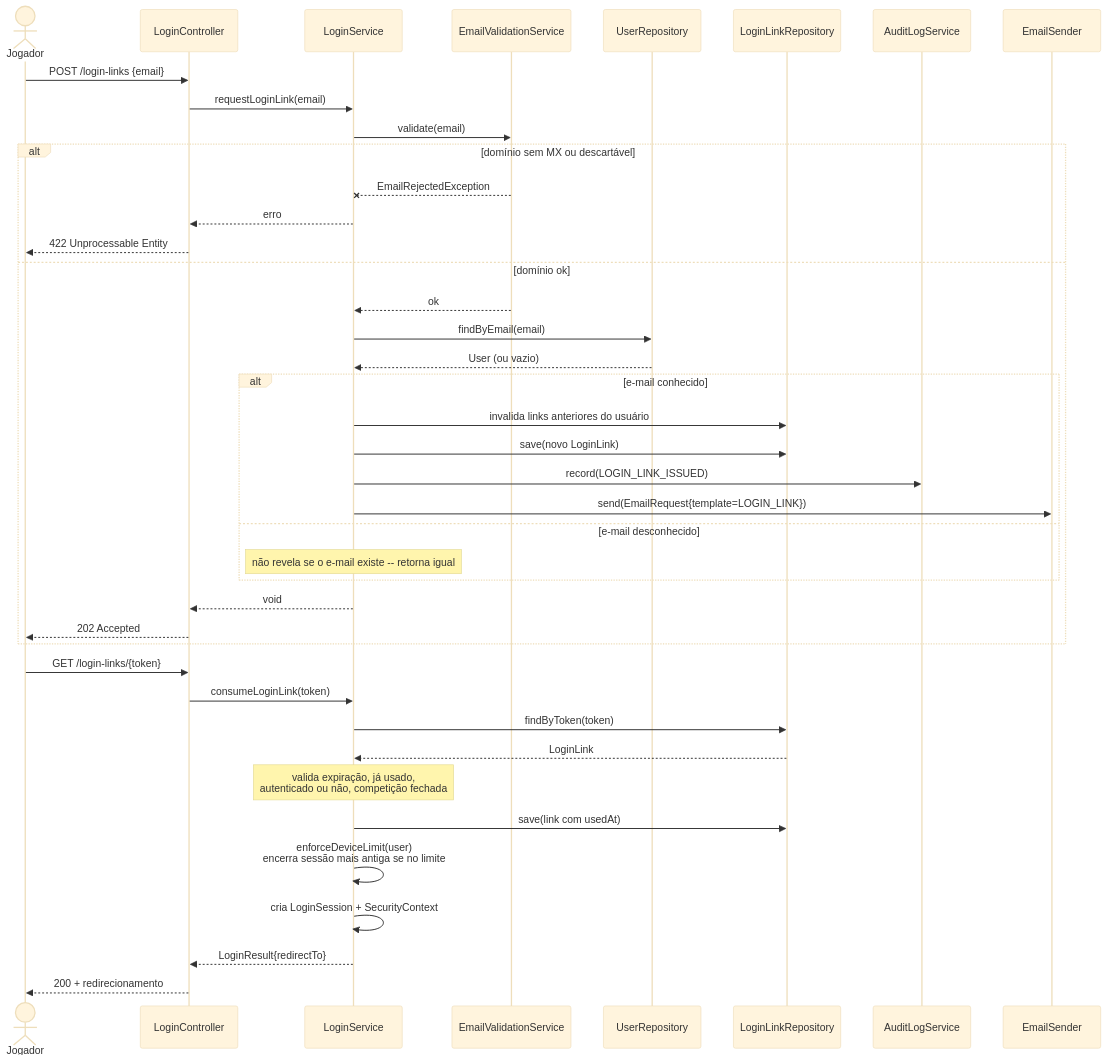
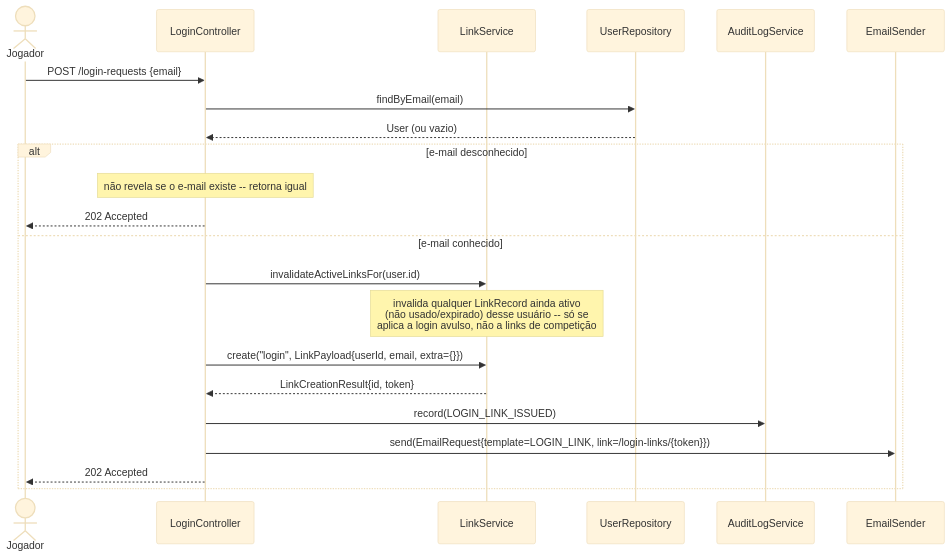
One commit to lalgarve/jogo-acoes changed the first of 9 diagrams in docs/diagrams/sequencia.md. Above: the diagram before and after it, drawn with Mermaid (base theme). The commit also changed other lines of this file, not shown here.

First line of the commit message:
docs: refresh sequence diagrams for login/link after the 05-003 refactor

````diff
--- a/docs/diagrams/sequencia.md
+++ b/docs/diagrams/sequencia.md
@@ -13,45 +19,25 @@
 ```mermaid
 sequenceDiagram
     actor J as Jogador
     participant LC as LoginController
-    participant LS as LoginService
-    participant EV as EmailValidationService
+    participant LiS as LinkService
     participant UR as UserRepository
-    participant LLR as LoginLinkRepository
     participant AL as AuditLogService
     participant ES as EmailSender
 
-    J->>LC: POST /login-links {email}
-    LC->>LS: requestLoginLink(email)
-    LS->>EV: validate(email)
-    alt domínio sem MX ou descartável
-        EV--xLS: EmailRejectedException
-        LS-->>LC: erro
-        LC-->>J: 422 Unprocessable Entity
-    else domínio ok
-        EV-->>LS: ok
-        LS->>UR: findByEmail(email)
-        UR-->>LS: User (ou vazio)
-        alt e-mail conhecido
-            LS->>LLR: invalida links anteriores do usuário
-            LS->>LLR: save(novo LoginLink)
-            LS->>AL: record(LOGIN_LINK_ISSUED)
-            LS->>ES: send(EmailRequest{template=LOGIN_LINK})
-        else e-mail desconhecido
-            Note over LS: não revela se o e-mail existe -- retorna igual
-        end
-        LS-->>LC: void
+    J->>LC: POST /login-requests {email}
+    LC->>UR: findByEmail(email)
+    UR-->>LC: User (ou vazio)
+    alt e-mail desconhecido
+        Note over LC: não revela se o e-mail existe -- retorna igual
+        LC-->>J: 202 Accepted
+    else e-mail conhecido
+        LC->>LiS: invalidateActiveLinksFor(user.id)
+        Note over LiS: invalida qualquer LinkRecord ainda ativo<br/>(não usado/expirado) desse usuário -- só se<br/>aplica a login avulso, não a links de competição
+        LC->>LiS: create("login", LinkPayload{userId, email, extra={}})
+        LiS-->>LC: LinkCreationResult{id, token}
+        LC->>AL: record(LOGIN_LINK_ISSUED)
+        LC->>ES: send(EmailRequest{template=LOGIN_LINK, link=/login-links/{token}})
         LC-->>J: 202 Accepted
     end
-
-    J->>LC: GET /login-links/{token}
-    LC->>LS: consumeLoginLink(token)
-    LS->>LLR: findByToken(token)
-    LLR-->>LS: LoginLink
-    Note over LS: valida expiração, já usado,<br/>autenticado ou não, competição fechada
-    LS->>LLR: save(link com usedAt)
-    LS->>LS: enforceDeviceLimit(user)<br/>encerra sessão mais antiga se no limite
-    LS->>LS: cria LoginSession + SecurityContext
-    LS-->>LC: LoginResult{redirectTo}
-    LC-->>J: 200 + redirecionamento
 ```
````
